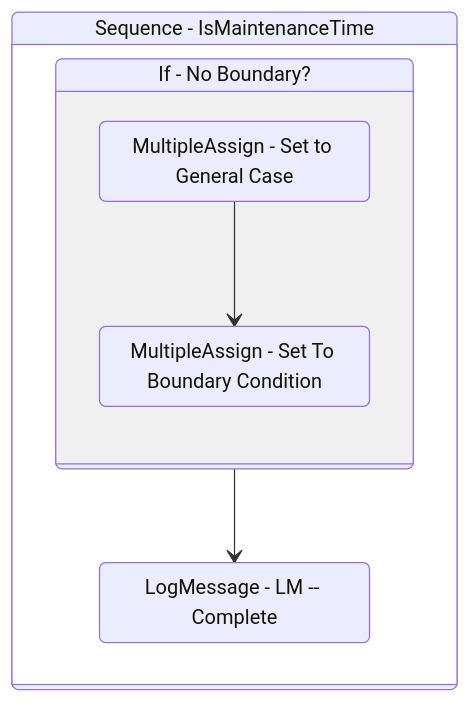
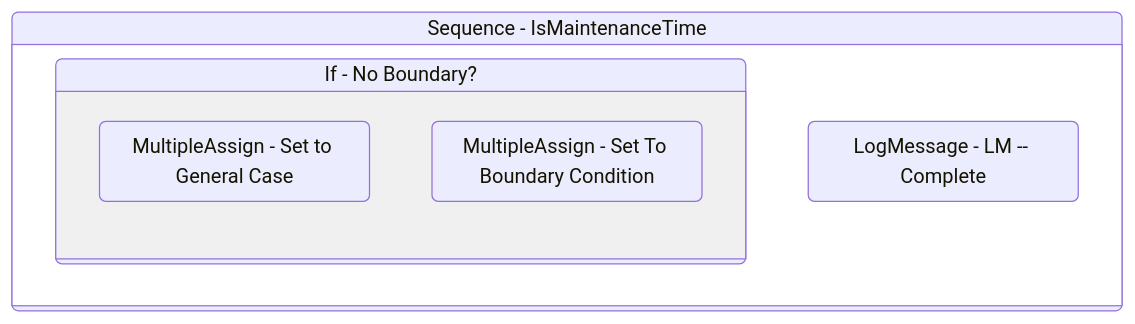
One commit to yashbrahmbhatt/LazyFramework changed the diagram in Documentation/.templates/Performers/Basic/Framework/IsMaintenanceTime.md. Above: the diagram before and after it, drawn with Mermaid. The commit also changed 72 other files, not shown here.

````diff
--- a/Documentation/.templates/Performers/Basic/Framework/IsMaintenanceTime.md
+++ b/Documentation/.templates/Performers/Basic/Framework/IsMaintenanceTime.md
@@ -104,19 +104,17 @@
 ```mermaid
 stateDiagram-v2
 
 
 Sequence_1: Sequence - IsMaintenanceTime
 state Sequence_1 {
 direction TB
 
 If_1: If - No Boundary?
 state If_1 {
 direction TB
 MultipleAssign_1 : MultipleAssign - Set to General Case
 MultipleAssign_2 : MultipleAssign - Set To Boundary Condition
-MultipleAssign_1 --> MultipleAssign_2
 }
 LogMessage_1 : LogMessage - LM -- Complete
-If_1 --> LogMessage_1
 }
 ```
````
